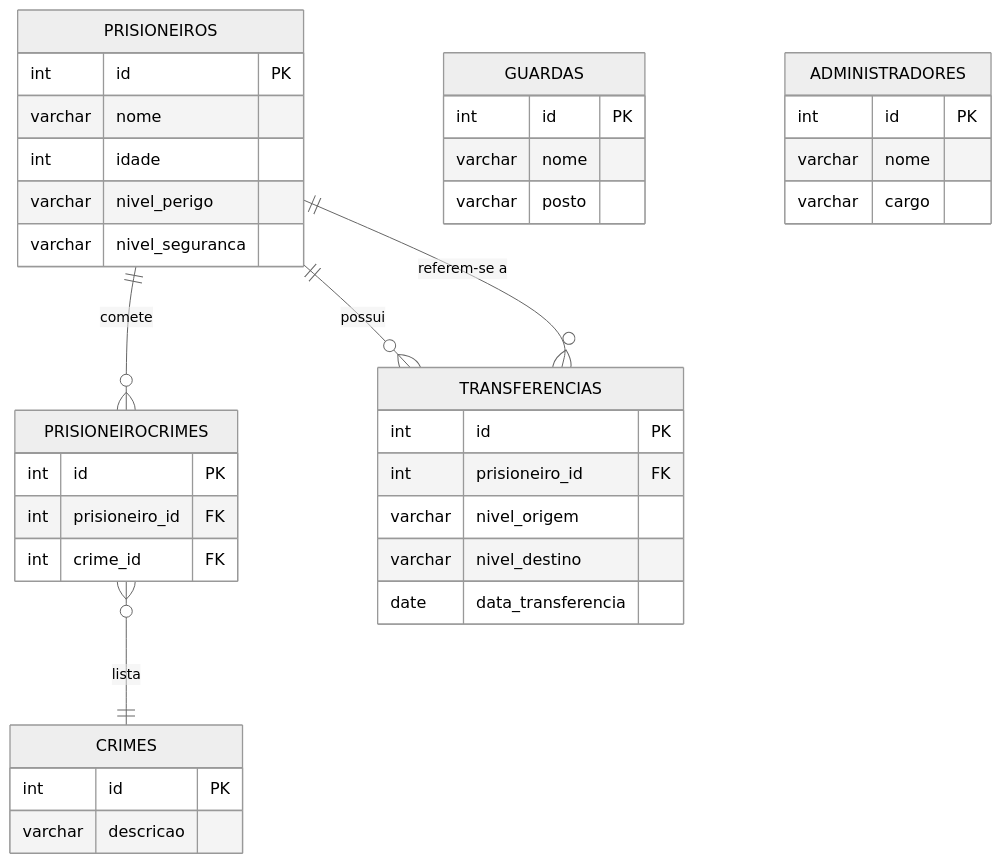
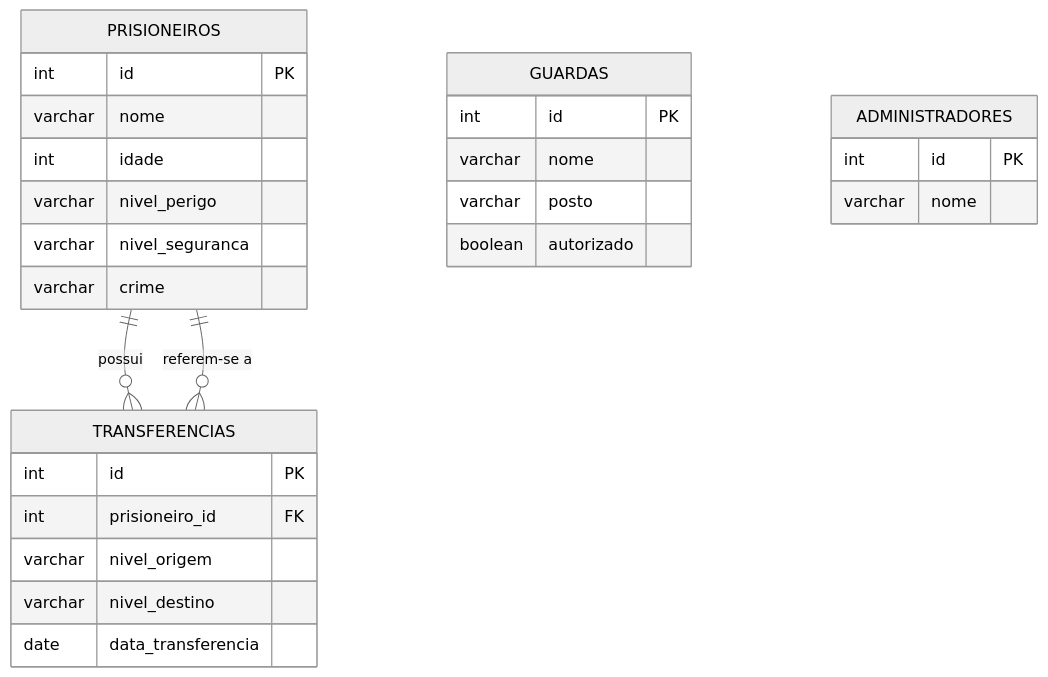
The second of 2 diagrams in README.md (lgfas/impeldown), drawn with Mermaid (neutral theme) before and after one commit. The commit also changed other lines of this file and 12 other files, not shown here.

Commit message:
implementação do endpoint buscarPrisioneiros(), modificação dos diagramas de classe e entidade, utilização do Lombok

````diff
--- a/README.md
+++ b/README.md
@@ -82,49 +64,36 @@
 ```mermaid
 
 erDiagram
     PRISIONEIROS {
         int id PK
         varchar nome
         int idade
         varchar nivel_perigo
         varchar nivel_seguranca
-    }
-
-    CRIMES {
-        int id PK
-        varchar descricao
-    }
-
-    PRISIONEIROCRIMES {
-        int id PK
-        int prisioneiro_id FK
-        int crime_id FK
+        varchar crime
     }
 
     GUARDAS {
         int id PK
         varchar nome
         varchar posto
+        boolean autorizado
     }
 
     TRANSFERENCIAS {
         int id PK
         int prisioneiro_id FK
         varchar nivel_origem
         varchar nivel_destino
         date data_transferencia
     }
 
     ADMINISTRADORES {
         int id PK
         varchar nome
-        varchar cargo
     }
 
-    PRISIONEIROS ||--o{ PRISIONEIROCRIMES : "comete"
-    PRISIONEIROCRIMES }o--|| CRIMES : "lista"
     PRISIONEIROS ||--o{ TRANSFERENCIAS : "possui"
     TRANSFERENCIAS }o--|| PRISIONEIROS : "referem-se a"
 
-
 ```
````
